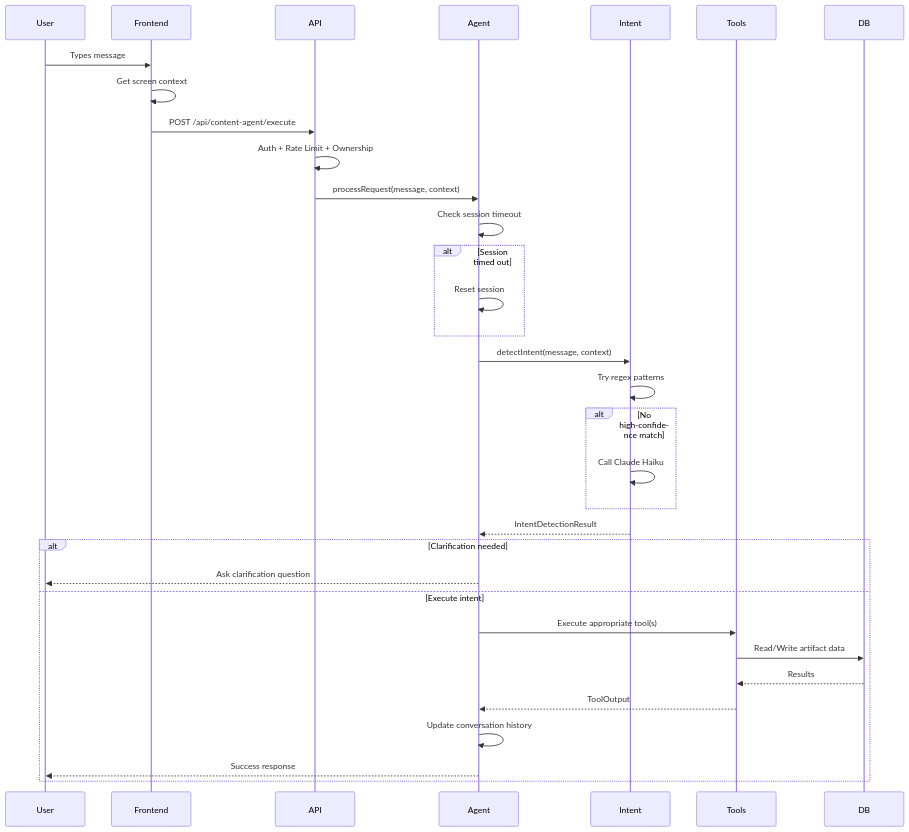
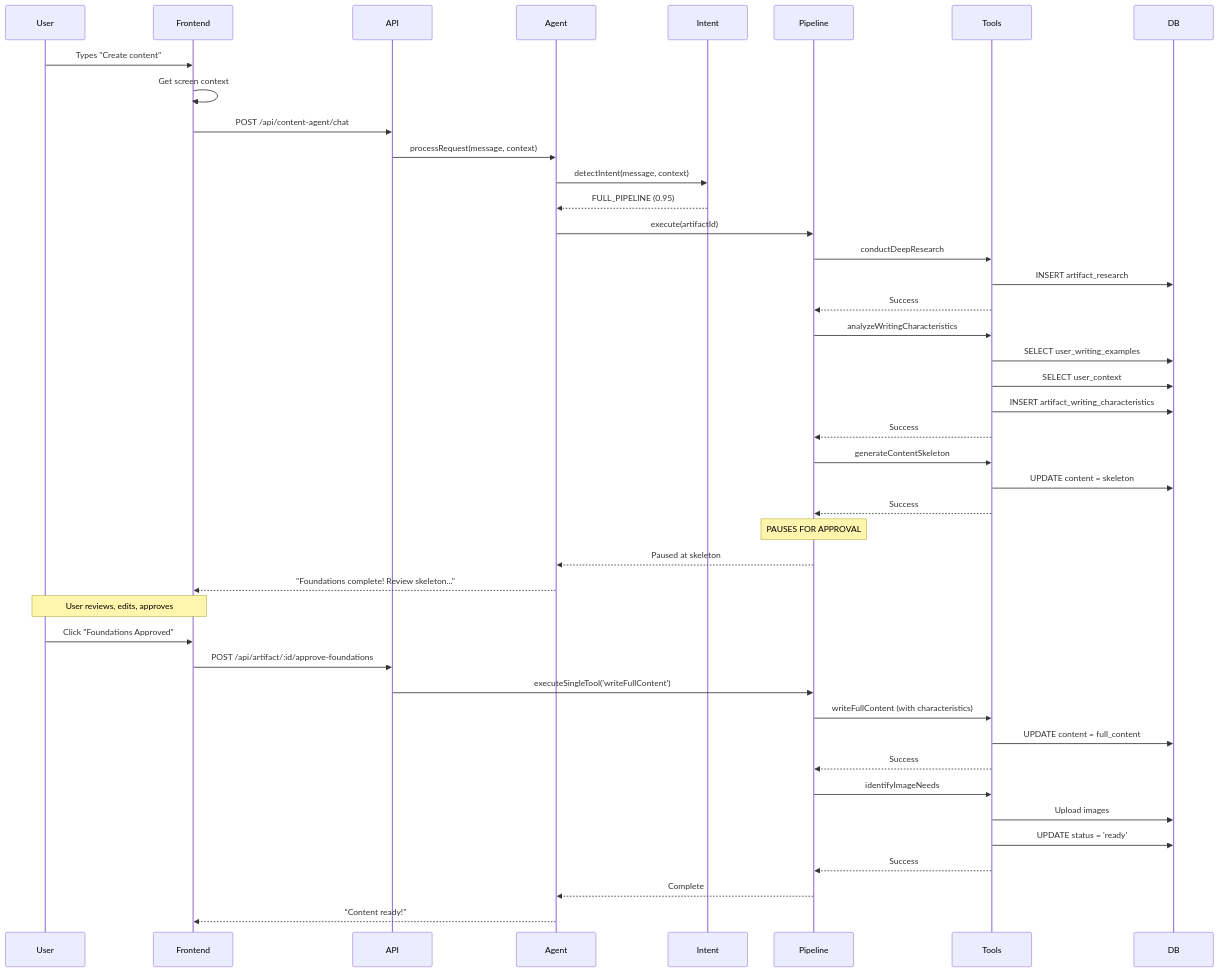
One commit to kobiagi-builder/nextup changed the third of 3 diagrams in docs/ai-agents-and-prompts/content-agent-overview.md. Above: the diagram before and after it, drawn with Mermaid. The commit also changed other lines of this file and 256 other files, not shown here.

````diff
--- a/docs/ai-agents-and-prompts/content-agent-overview.md
+++ b/docs/ai-agents-and-prompts/content-agent-overview.md
@@ -547,39 +452,58 @@
 ```mermaid
 sequenceDiagram
     participant User
     participant Frontend
     participant API
     participant Agent
     participant Intent
+    participant Pipeline
     participant Tools
     participant DB
 
-    User->>Frontend: Types message
+    User->>Frontend: Types "Create content"
     Frontend->>Frontend: Get screen context
-    Frontend->>API: POST /api/content-agent/execute
-    API->>API: Auth + Rate Limit + Ownership
+    Frontend->>API: POST /api/content-agent/chat
     API->>Agent: processRequest(message, context)
 
-    Agent->>Agent: Check session timeout
-    alt Session timed out
-        Agent->>Agent: Reset session
-    end
+    Agent->>Intent: detectIntent(message, context)
+    Intent-->>Agent: FULL_PIPELINE (0.95)
 
-    Agent->>Intent: detectIntent(message, context)
-    Intent->>Intent: Try regex patterns
-    alt No high-confidence match
-        Intent->>Intent: Call Claude Haiku
-    end
-    Intent-->>Agent: IntentDetectionResult
+    Agent->>Pipeline: execute(artifactId)
 
-    alt Clarification needed
-        Agent-->>User: Ask clarification question
-    else Execute intent
-        Agent->>Tools: Execute appropriate tool(s)
-        Tools->>DB: Read/Write artifact data
-        DB-->>Tools: Results
-        Tools-->>Agent: ToolOutput
-        Agent->>Agent: Update conversation history
-        Agent-->>User: Success response
-    end
+    Pipeline->>Tools: conductDeepResearch
+    Tools->>DB: INSERT artifact_research
+    Tools-->>Pipeline: Success
+
+    Pipeline->>Tools: analyzeWritingCharacteristics
+    Tools->>DB: SELECT user_writing_examples
+    Tools->>DB: SELECT user_context
+    Tools->>DB: INSERT artifact_writing_characteristics
+    Tools-->>Pipeline: Success
+
+    Pipeline->>Tools: generateContentSkeleton
+    Tools->>DB: UPDATE content = skeleton
+    Tools-->>Pipeline: Success
+
+    Note over Pipeline: PAUSES FOR APPROVAL
+
+    Pipeline-->>Agent: Paused at skeleton
+    Agent-->>Frontend: "Foundations complete! Review skeleton..."
+
+    Note over User,Frontend: User reviews, edits, approves
+
+    User->>Frontend: Click "Foundations Approved"
+    Frontend->>API: POST /api/artifact/:id/approve-foundations
+    API->>Pipeline: executeSingleTool('writeFullContent')
+
+    Pipeline->>Tools: writeFullContent (with characteristics)
+    Tools->>DB: UPDATE content = full_content
+    Tools-->>Pipeline: Success
+
+    Pipeline->>Tools: identifyImageNeeds
+    Tools->>DB: Upload images
+    Tools->>DB: UPDATE status = 'ready'
+    Tools-->>Pipeline: Success
+
+    Pipeline-->>Agent: Complete
+    Agent-->>Frontend: "Content ready!"
 ```
````
